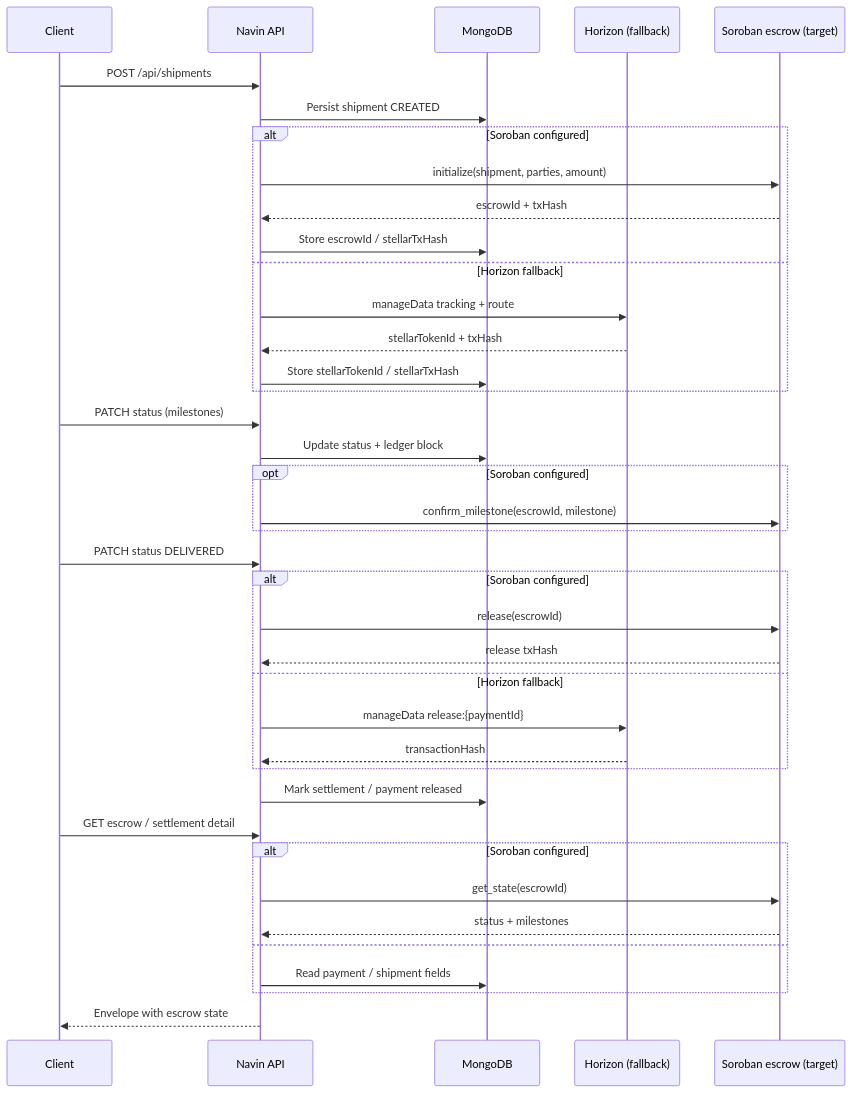
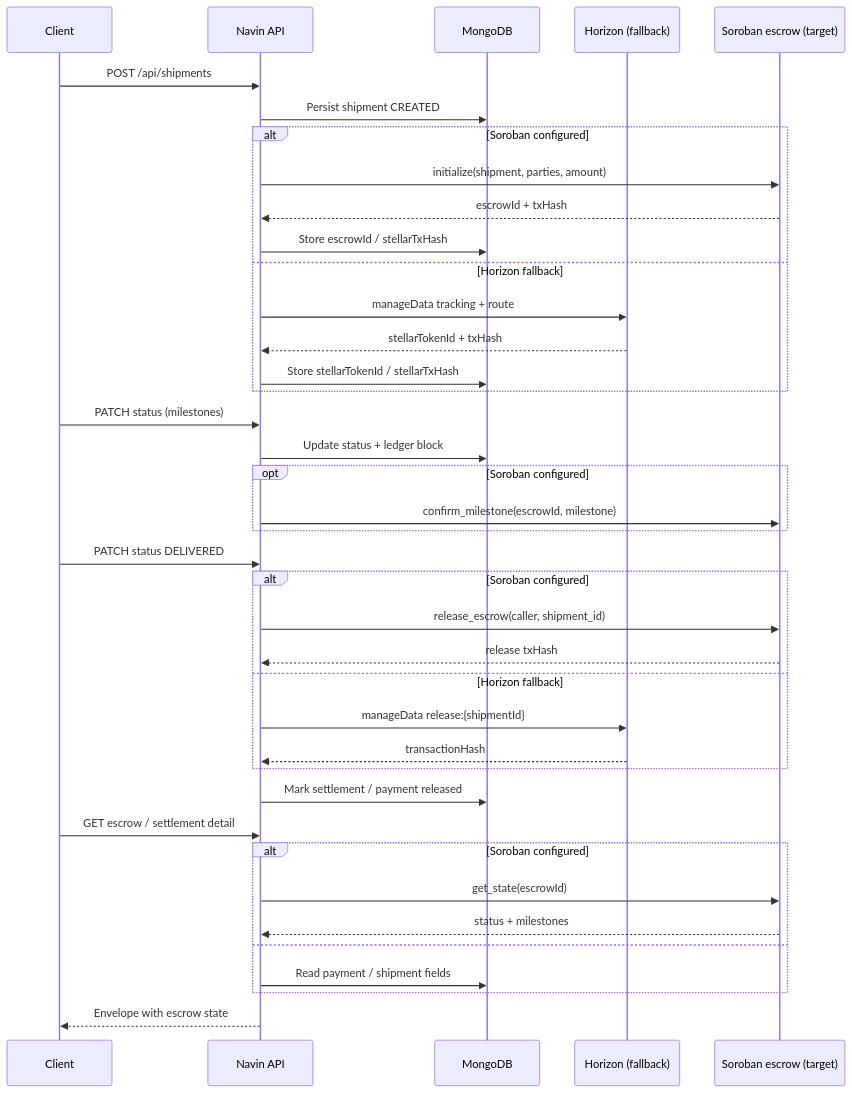
Before and after one commit to Navin-xmr/navin-backend: the diagram in docs/blockchain.md, drawn with Mermaid. The commit also changed other lines of this file and 35 other files, not shown here.

````diff
--- a/docs/blockchain.md
+++ b/docs/blockchain.md
@@ -107,45 +107,45 @@
 ```mermaid
 sequenceDiagram
   participant Client
   participant API as Navin API
   participant DB as MongoDB
   participant Horizon as Horizon (fallback)
   participant Soroban as Soroban escrow (target)
 
   Client->>API: POST /api/shipments
   API->>DB: Persist shipment CREATED
   alt Soroban configured
     API->>Soroban: initialize(shipment, parties, amount)
     Soroban-->>API: escrowId + txHash
     API->>DB: Store escrowId / stellarTxHash
   else Horizon fallback
     API->>Horizon: manageData tracking + route
     Horizon-->>API: stellarTokenId + txHash
     API->>DB: Store stellarTokenId / stellarTxHash
   end
 
   Client->>API: PATCH status (milestones)
   API->>DB: Update status + ledger block
   opt Soroban configured
     API->>Soroban: confirm_milestone(escrowId, milestone)
   end
 
   Client->>API: PATCH status DELIVERED
   alt Soroban configured
-    API->>Soroban: release(escrowId)
+    API->>Soroban: release_escrow(caller, shipment_id)
     Soroban-->>API: release txHash
   else Horizon fallback
-    API->>Horizon: manageData release:{paymentId}
+    API->>Horizon: manageData release:{shipmentId}
     Horizon-->>API: transactionHash
   end
   API->>DB: Mark settlement / payment released
 
   Client->>API: GET escrow / settlement detail
   alt Soroban configured
     API->>Soroban: get_state(escrowId)
     Soroban-->>API: status + milestones
   else
     API->>DB: Read payment / shipment fields
   end
   API-->>Client: Envelope with escrow state
 ```
````
